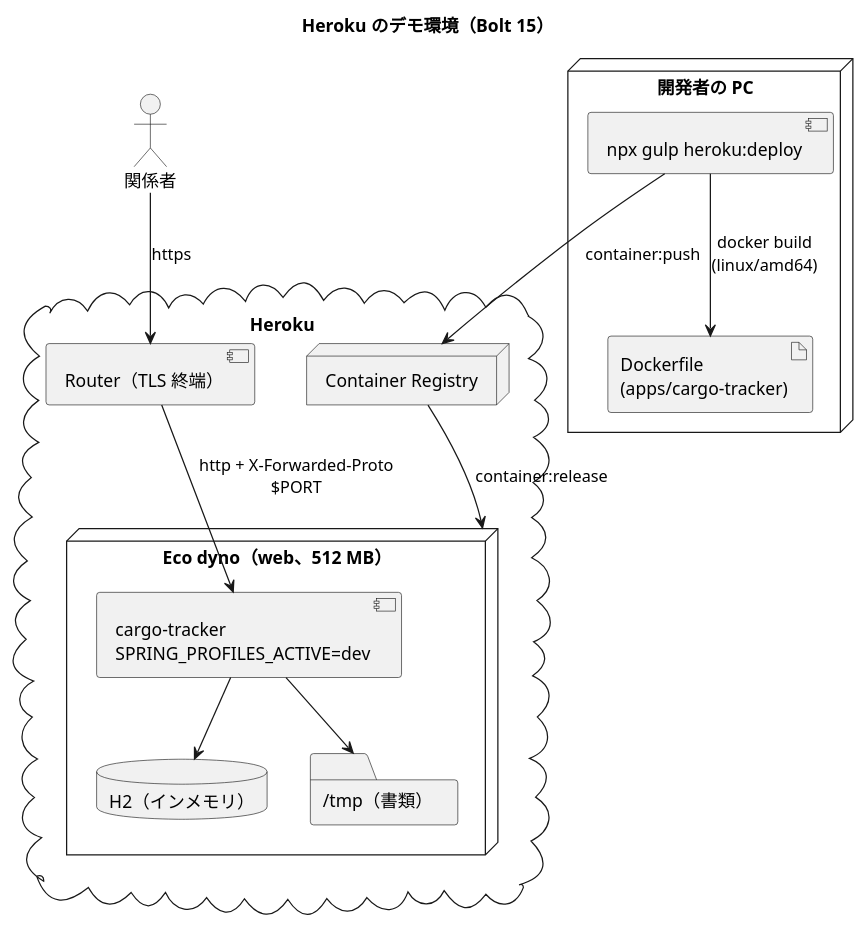
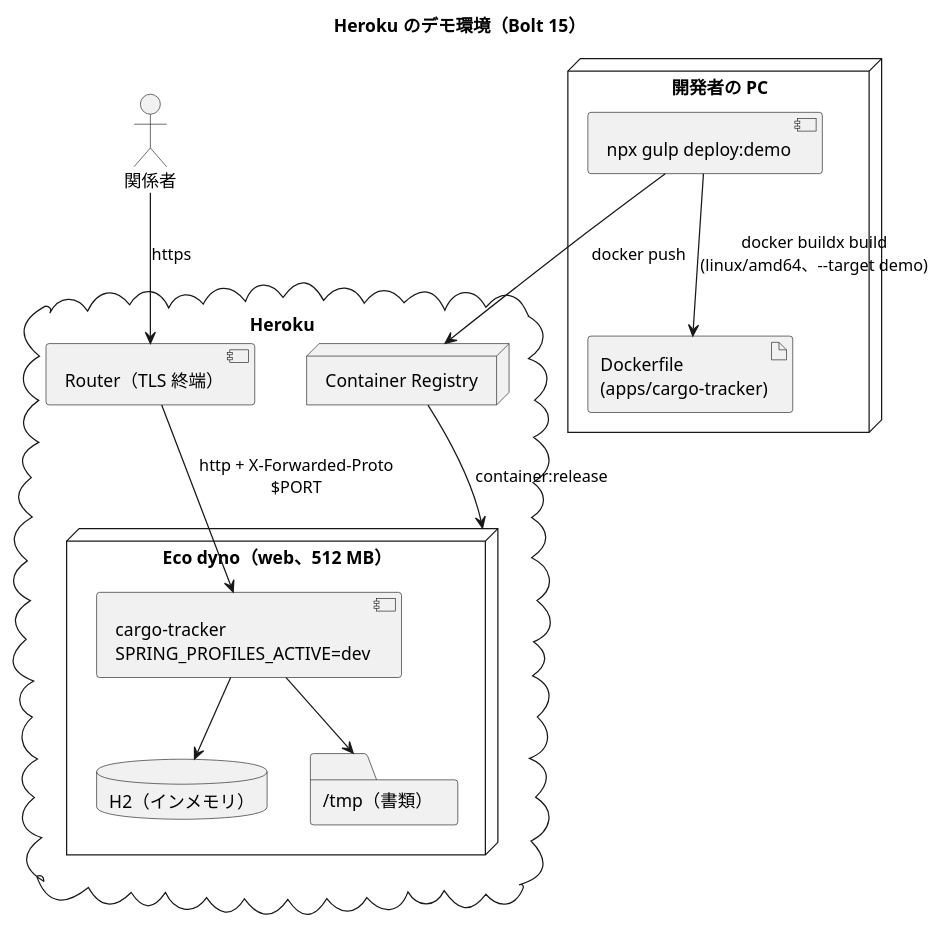
Before and after one commit to k2works/practical-domain-driven-design-in-enterpris-application: the diagram in docs/development/cargo-tracker/bolt_15_plan.md, drawn with PlantUML. The commit also changed other lines of this file and 6 other files, not shown here.

````diff
--- a/docs/development/cargo-tracker/bolt_15_plan.md
+++ b/docs/development/cargo-tracker/bolt_15_plan.md
@@ -67,28 +67,28 @@
 ```plantuml
 @startuml
 title Heroku のデモ環境（Bolt 15）
 
 actor "関係者" as user
 node "開発者の PC" as pc {
   artifact "Dockerfile\n(apps/cargo-tracker)" as df
-  component "npx gulp heroku:deploy" as gulp
+  component "npx gulp deploy:demo" as gulp
 }
 cloud "Heroku" {
   node "Container Registry" as reg
   node "Eco dyno（web、512 MB）" as dyno {
     component "cargo-tracker\nSPRING_PROFILES_ACTIVE=dev" as app
     database "H2（インメモリ）" as h2
     folder "/tmp（書類）" as tmp
   }
   component "Router（TLS 終端）" as router
 }
 
-gulp --> df : docker build\n(linux/amd64)
-gulp --> reg : container:push
+gulp --> df : docker buildx build\n(linux/amd64、--target demo)
+gulp --> reg : docker push
 reg --> dyno : container:release
 user --> router : https
 router --> app : http + X-Forwarded-Proto\n$PORT
 app --> h2
 app --> tmp
 @enduml
 ```
````
